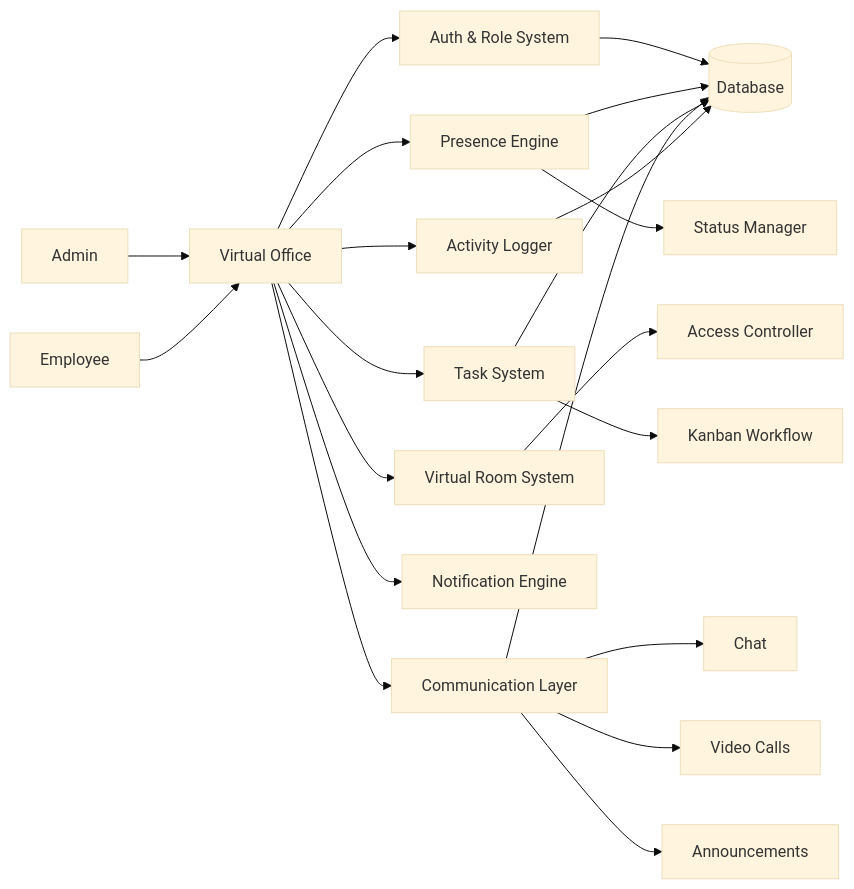
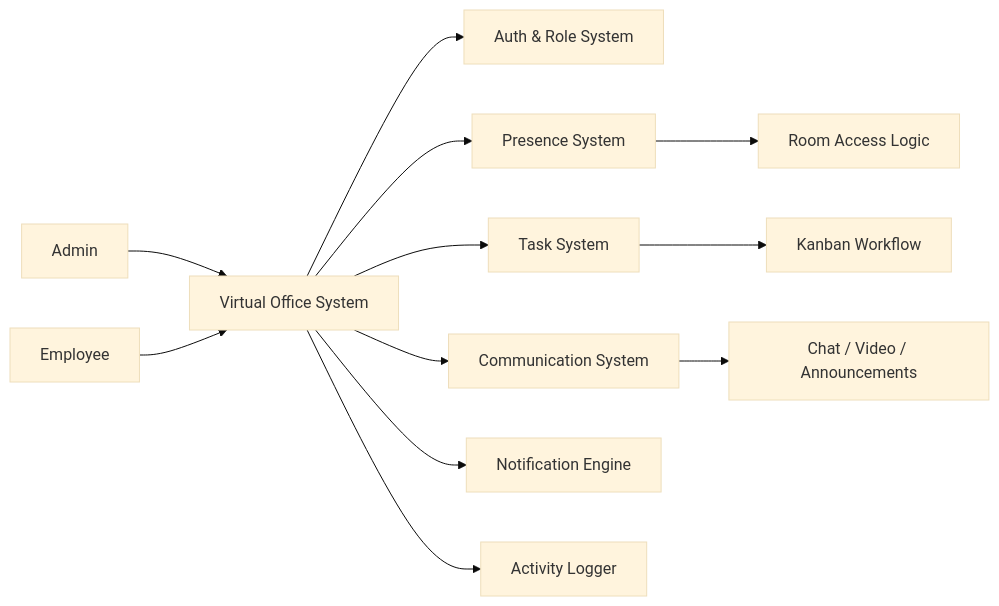
Before and after one commit to realAbdullah4504/realAbdullah4504.github.io: the diagram in virtual-office/case-study.md, drawn with Mermaid (base theme). The commit also changed 7 other files, not shown here.

Commit message:
added virtual office

````diff
--- a/virtual-office/case-study.md
+++ b/virtual-office/case-study.md
@@ -33,27 +33,17 @@
 ```mermaid
-    flowchart LR
-        Admin[Admin] --> App[Virtual Office]
-        Employee[Employee] --> App
+flowchart LR
+    Admin[Admin] --> System[Virtual Office System]
+    Employee[Employee] --> System
 
-        App --> Auth[Auth & Role System]
-        App --> Presence[Presence Engine]
-        App --> Rooms[Virtual Room System]
-        App --> Tasks[Task System]
-        App --> Comm[Communication Layer]
+    System --> Auth[Auth & Role System]
+    System --> Presence[Presence System]
+    System --> Tasks[Task System]
+    System --> Comm[Communication System]
 
-        Presence --> Status[Status Manager]
-        Rooms --> Access[Access Controller]
-        Tasks --> Kanban[Kanban Workflow]
-        Comm --> Chat[Chat]
-        Comm --> Video[Video Calls]
-        Comm --> Announce[Announcements]
+    Presence --> RoomLogic[Room Access Logic]
+    Tasks --> Workflow[Kanban Workflow]
+    Comm --> Realtime[Chat / Video / Announcements]
 
-        App --> Notify[Notification Engine]
-        App --> Activity[Activity Logger]
-
-        Auth --> DB[(Database)]
-        Presence --> DB
-        Tasks --> DB
-        Comm --> DB
-        Activity --> DB
+    System --> Notify[Notification Engine]
+    System --> Activity[Activity Logger]
 ```
````
